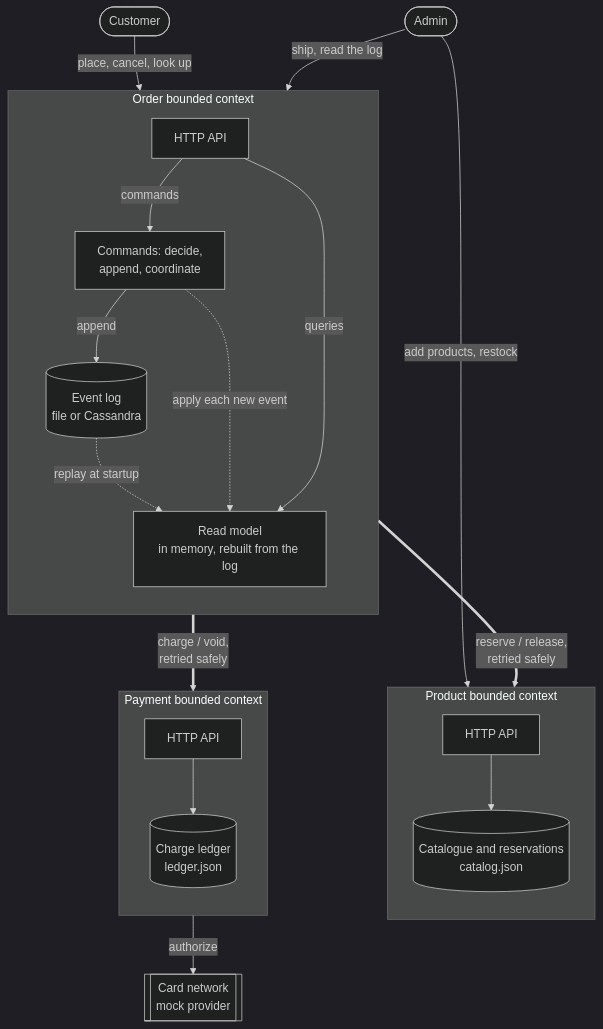
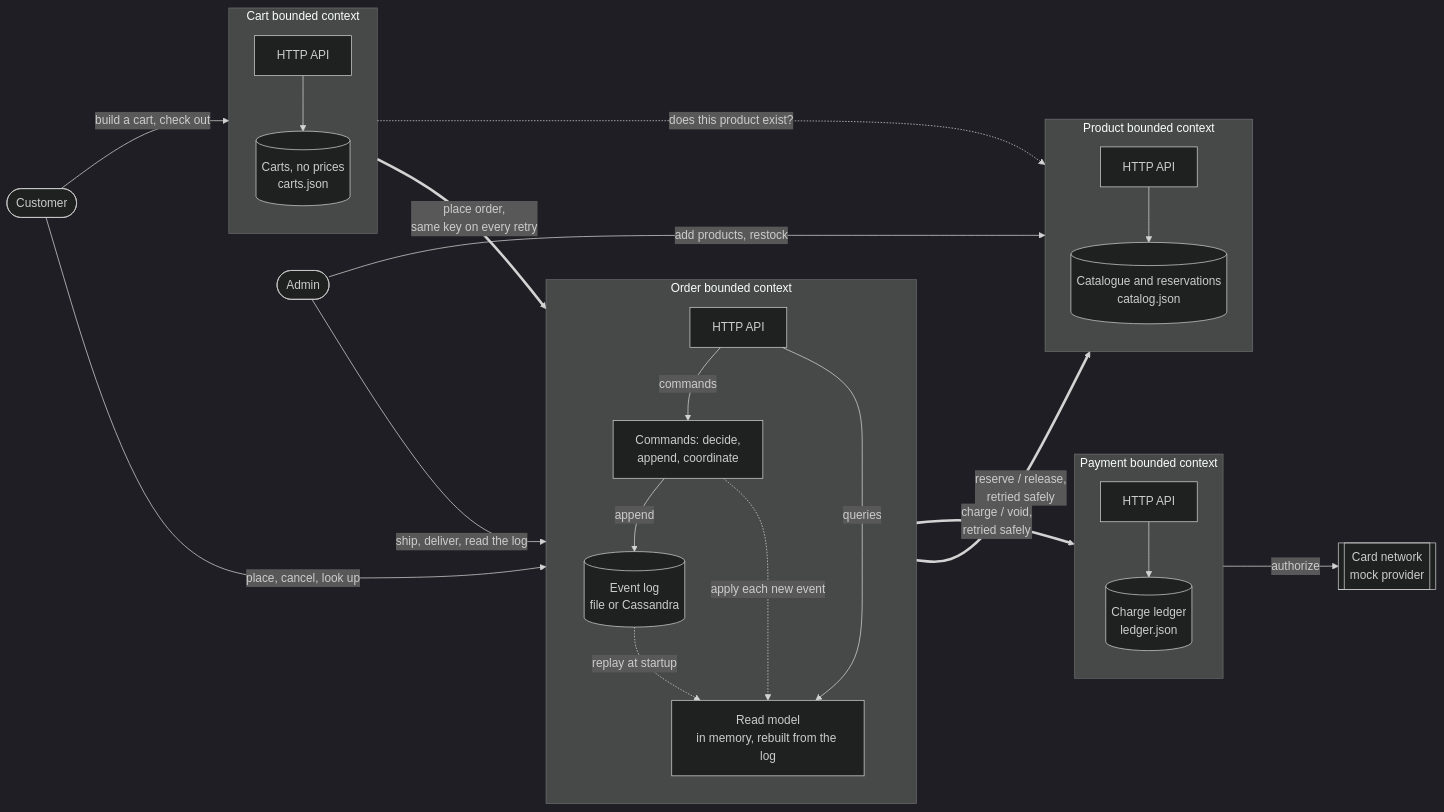
One commit to surabhis16/gocart changed the diagram in docs/diagrams/context.mmd. Above: the diagram before and after it, drawn with Mermaid (dark theme). The commit also changed 64 other files, not shown here.

```diff
--- a/docs/diagrams/context.mmd
+++ b/docs/diagrams/context.mmd
@@ -1,38 +1,48 @@
-flowchart TB
+flowchart LR
     cust([Customer])
     admin([Admin])
     card[[Card network<br/>mock provider]]
 
     subgraph order_ctx [Order bounded context]
         direction TB
         oapi[HTTP API]
         osvc[Commands: decide,<br/>append, coordinate]
         elog[(Event log<br/>file or Cassandra)]
         proj[Read model<br/>in memory, rebuilt from the log]
         oapi -->|commands| osvc
         osvc -->|append| elog
         elog -.->|replay at startup| proj
         osvc -.->|apply each new event| proj
         oapi -->|queries| proj
     end
 
     subgraph product_ctx [Product bounded context]
         direction TB
         papi[HTTP API]
         cat[(Catalogue and reservations<br/>catalog.json)]
         papi --> cat
     end
 
     subgraph payment_ctx [Payment bounded context]
         direction TB
         payapi[HTTP API]
         led[(Charge ledger<br/>ledger.json)]
         payapi --> led
     end
 
+    subgraph cart_ctx [Cart bounded context]
+        direction TB
+        kapi[HTTP API]
+        carts[(Carts, no prices<br/>carts.json)]
+        kapi --> carts
+    end
+
+    cust -->|build a cart, check out| kapi
+    kapi ==>|place order,<br/>same key on every retry| oapi
+    kapi -.->|does this product exist?| papi
     cust -->|place, cancel, look up| oapi
-    admin -->|ship, read the log| oapi
+    admin -->|ship, deliver, read the log| oapi
     admin -->|add products, restock| papi
     osvc ==>|reserve / release,<br/>retried safely| papi
     osvc ==>|charge / void,<br/>retried safely| payapi
     led -->|authorize| card
```
